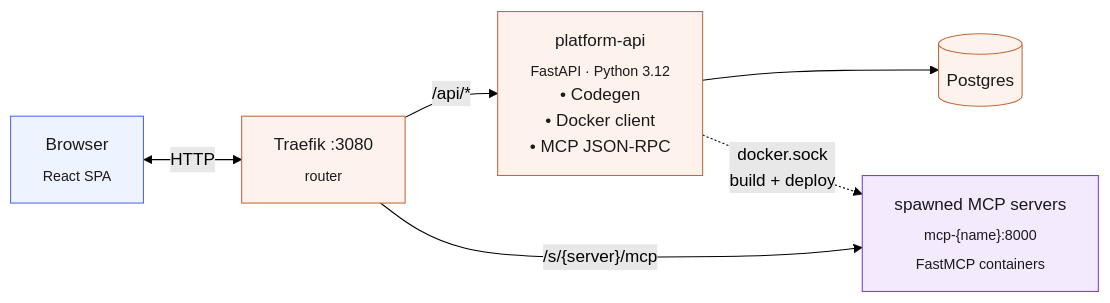
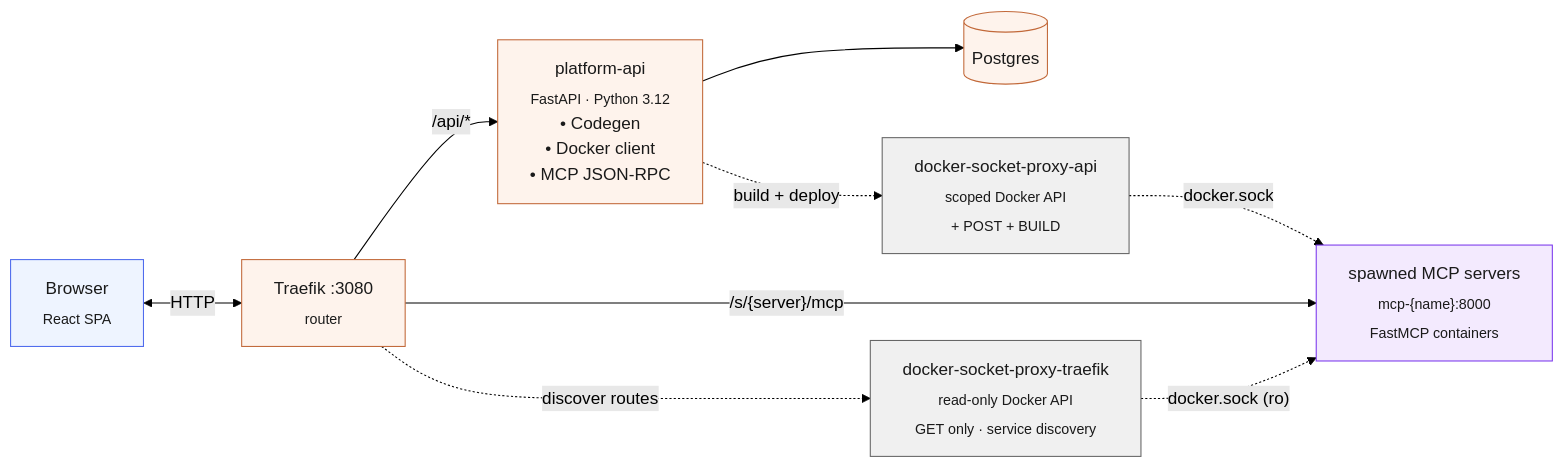
One commit to Karmatek-Consulting-LLC/roundhouse changed the diagram in README.md. Above: the diagram before and after it, drawn with Mermaid (forest theme). The commit also changed other lines of this file, not shown here.

First line of the commit message:
Show docker-socket-proxy sidecars in README architecture diagram

````diff
--- a/README.md
+++ b/README.md
@@ -99,21 +99,28 @@
 ```mermaid
 flowchart LR
     Browser["Browser<br/><sub>React SPA</sub>"]
     Traefik["Traefik :3080<br/><sub>router</sub>"]
     API["platform-api<br/><sub>FastAPI · Python 3.12</sub><br/>• Codegen<br/>• Docker client<br/>• MCP JSON-RPC"]
     MCP["spawned MCP servers<br/><sub>mcp-{name}:8000</sub><br/><sub>FastMCP containers</sub>"]
     DB[("Postgres")]
+    ProxyT["docker-socket-proxy-traefik<br/><sub>read-only Docker API</sub><br/><sub>GET only · service discovery</sub>"]
+    ProxyA["docker-socket-proxy-api<br/><sub>scoped Docker API</sub><br/><sub>+ POST + BUILD</sub>"]
 
     Browser <-->|HTTP| Traefik
     Traefik -->|/api/*| API
     Traefik -->|"/s/{server}/mcp"| MCP
     API --> DB
-    API -.->|docker.sock<br/>build + deploy| MCP
+    Traefik -.->|discover routes| ProxyT
+    ProxyT -.->|"docker.sock (ro)"| MCP
+    API -.->|"build + deploy"| ProxyA
+    ProxyA -.->|"docker.sock"| MCP
 
     classDef platform fill:#fef3ec,stroke:#c2693a,color:#1a1a1a
     classDef spawned  fill:#f3eafe,stroke:#7c3aed,color:#1a1a1a
     classDef infra    fill:#eef4ff,stroke:#4f6bed,color:#1a1a1a
+    classDef proxy    fill:#f0f0f0,stroke:#666,color:#1a1a1a
     class API,Traefik,DB platform
     class MCP spawned
     class Browser infra
+    class ProxyT,ProxyA proxy
 ```
````
